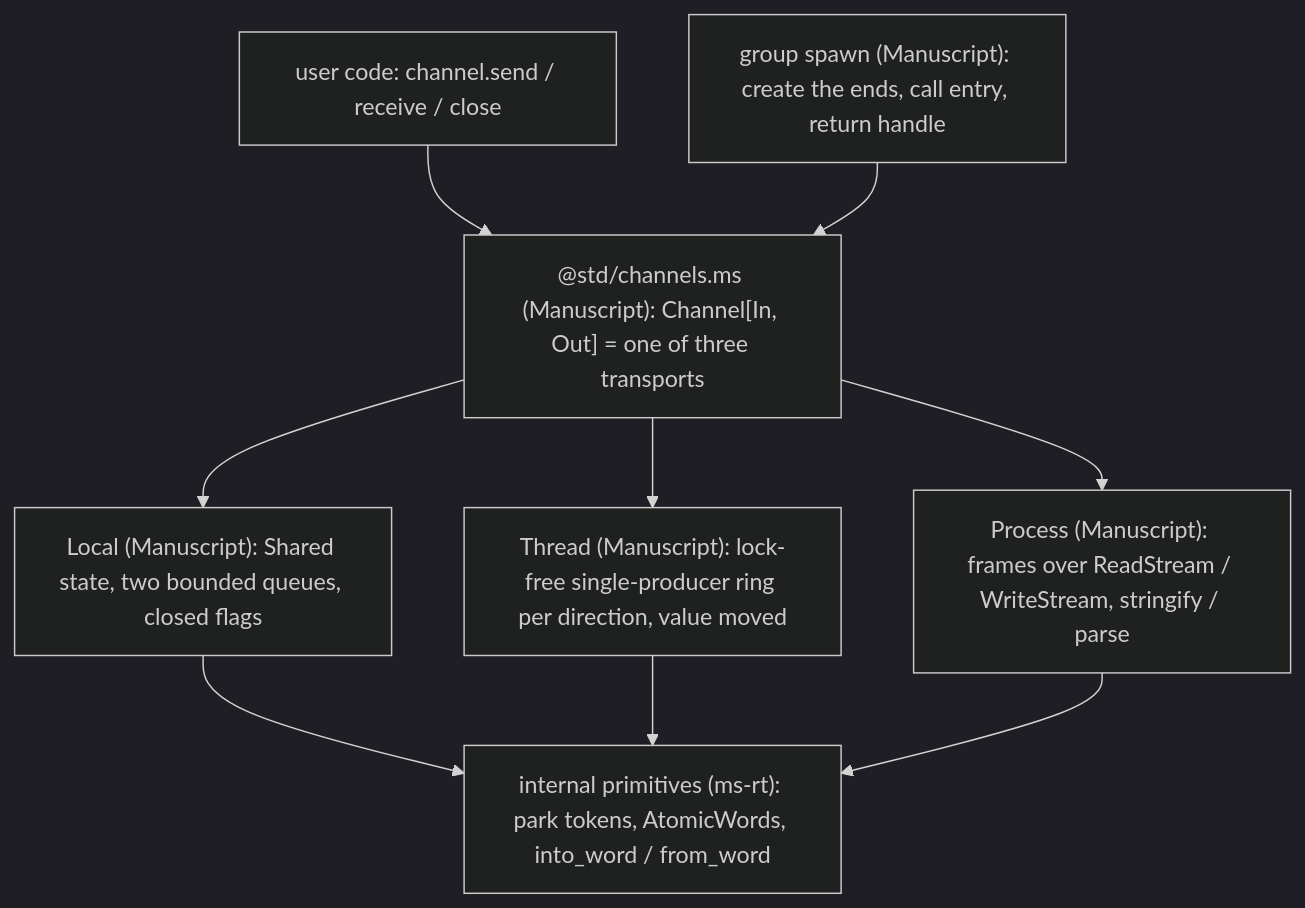
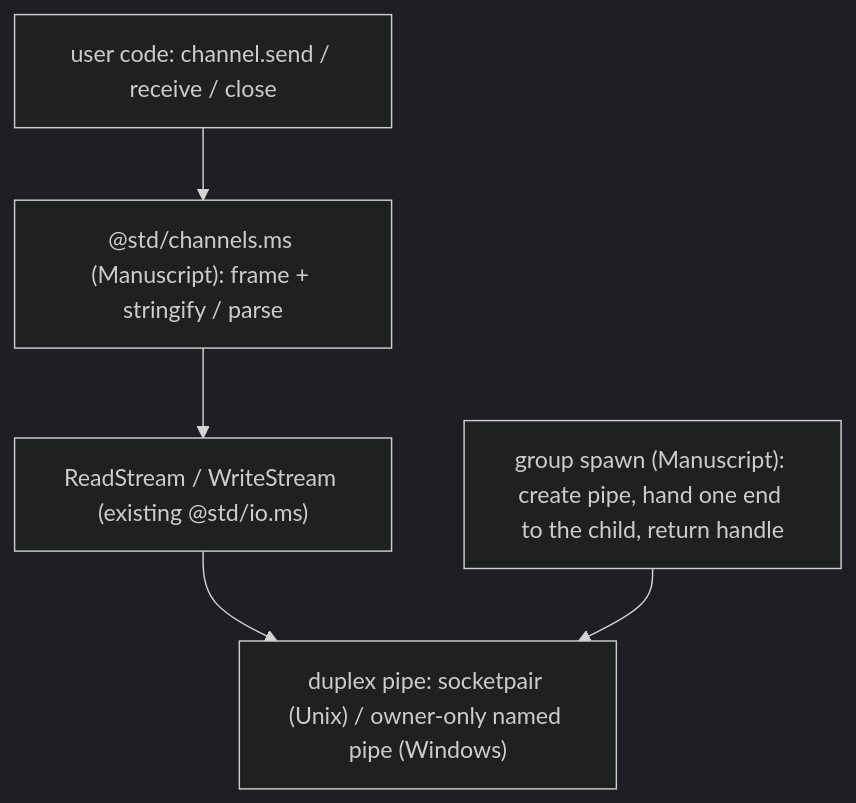
The diagram in proposals/channels.md (manuscript-lang/manuscript), drawn with Mermaid (dark theme) before and after one commit. The commit also changed other lines of this file, not shown here.

First line of the commit message:
Channels proposal: framed JSON over one duplex byte pipe at every level

````diff
--- a/proposals/channels.md
+++ b/proposals/channels.md
@@ -74,18 +71,10 @@
 ```mermaid
 flowchart TB
   U["user code: channel.send / receive / close"]
-  C["@std/channels.ms (Manuscript): Channel[In, Out] = one of three transports"]
-  L["Local (Manuscript): Shared state, two bounded queues, closed flags"]
-  P["Process (Manuscript): frames over ReadStream / WriteStream, stringify / parse"]
-  T["Thread (Manuscript): lock-free single-producer ring per direction, value moved"]
-  K["internal primitives (ms-rt): park tokens, AtomicWords, into_word / from_word"]
-  G["group spawn (Manuscript): create the ends, call entry, return handle"]
-  U --> C
-  C --> L
-  C --> P
-  C --> T
-  L --> K
-  T --> K
-  P --> K
-  G --> C
+  C["@std/channels.ms (Manuscript): frame + stringify / parse"]
+  S["ReadStream / WriteStream (existing @std/io.ms)"]
+  P["duplex pipe: socketpair (Unix) / owner-only named pipe (Windows)"]
+  G["group spawn (Manuscript): create pipe, hand one end to the child, return handle"]
+  U --> C --> S --> P
+  G --> P
 ```
````
